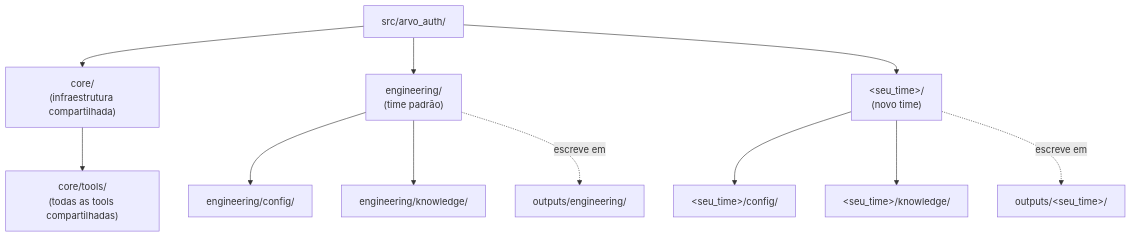
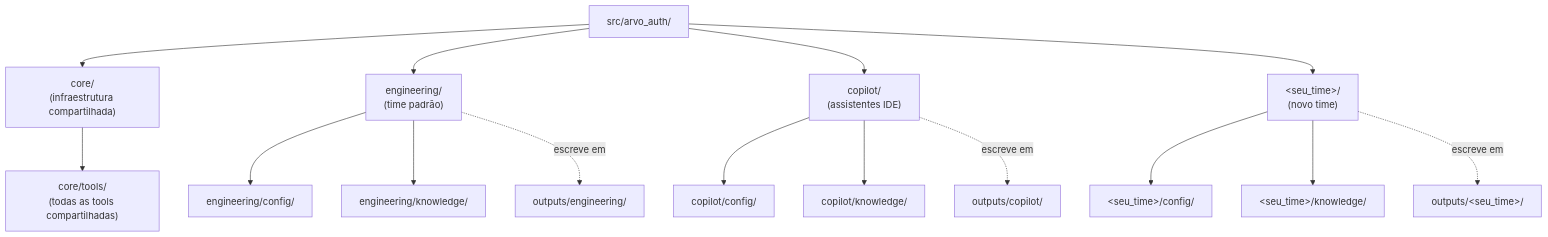
Before and after one commit to arvo-health/arvo-crewai: the second of 2 diagrams in README.pt-BR.md, drawn with Mermaid. The commit also changed other lines of this file and 32 other files, not shown here.

````diff
--- a/README.pt-BR.md
+++ b/README.pt-BR.md
@@ -122,25 +122,33 @@
 ```mermaid
 graph TD
     PKG["src/arvo_auth/"]
     CORE["core/\n(infraestrutura compartilhada)"]
     TOOLS["core/tools/\n(todas as tools compartilhadas)"]
     ENG["engineering/\n(time padrão)"]
     ENGC["engineering/config/"]
     ENGK["engineering/knowledge/"]
     ENGO["outputs/engineering/"]
+    COP["copilot/\n(assistentes IDE)"]
+    COPC["copilot/config/"]
+    COPK["copilot/knowledge/"]
+    COPO["outputs/copilot/"]
     NEW["&lt;seu_time&gt;/\n(novo time)"]
     NEWC["&lt;seu_time&gt;/config/"]
     NEWK["&lt;seu_time&gt;/knowledge/"]
     NEWO["outputs/&lt;seu_time&gt;/"]
 
     PKG --> CORE
     CORE --> TOOLS
     PKG --> ENG
     ENG --> ENGC
     ENG --> ENGK
     ENG -.->|"escreve em"| ENGO
+    PKG --> COP
+    COP --> COPC
+    COP --> COPK
+    COP -.->|"escreve em"| COPO
     PKG --> NEW
     NEW --> NEWC
     NEW --> NEWK
     NEW -.->|"escreve em"| NEWO
 ```
````
